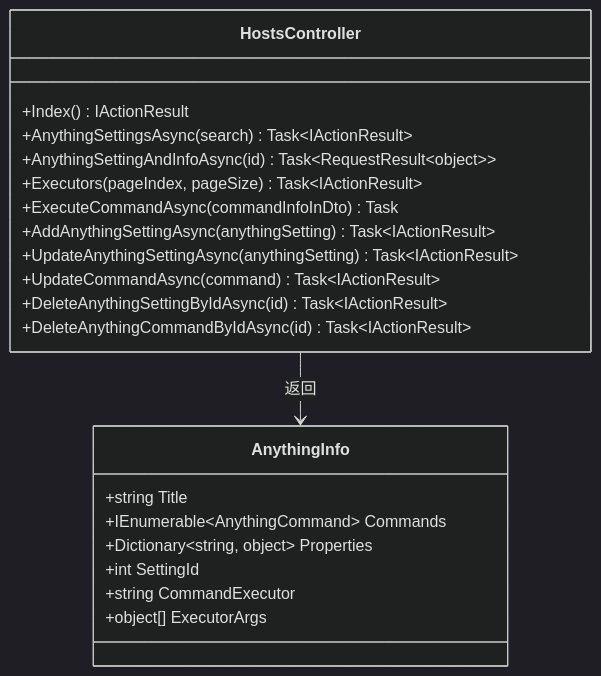
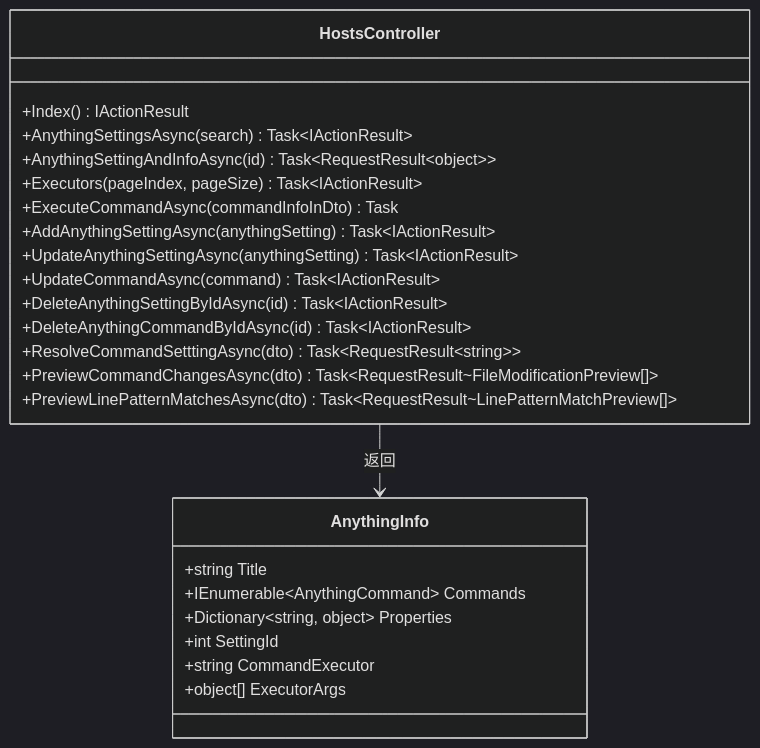
The fourth of 8 diagrams in .qoder/repowiki/zh/content/项目概述/核心特性/工具库系统/文件操作工具/可视化模板编辑器系统.md (Sosososolong/AirGo), drawn with Mermaid (dark theme) before and after one commit. The commit also changed other lines of this file and 12 other files, not shown here.

````diff
--- a/.qoder/repowiki/zh/content/项目概述/核心特性/工具库系统/文件操作工具/可视化模板编辑器系统.md
+++ b/.qoder/repowiki/zh/content/项目概述/核心特性/工具库系统/文件操作工具/可视化模板编辑器系统.md
@@ -215,24 +221,27 @@
 ```mermaid
 classDiagram
 class HostsController {
 +Index() IActionResult
 +AnythingSettingsAsync(search) Task~IActionResult~
 +AnythingSettingAndInfoAsync(id) Task~RequestResult~object~~
 +Executors(pageIndex, pageSize) Task~IActionResult~
 +ExecuteCommandAsync(commandInfoInDto) Task
 +AddAnythingSettingAsync(anythingSetting) Task~IActionResult~
 +UpdateAnythingSettingAsync(anythingSetting) Task~IActionResult~
 +UpdateCommandAsync(command) Task~IActionResult~
 +DeleteAnythingSettingByIdAsync(id) Task~IActionResult~
 +DeleteAnythingCommandByIdAsync(id) Task~IActionResult~
++ResolveCommandSetttingAsync(dto) Task~RequestResult~string~~
++PreviewCommandChangesAsync(dto) Task~RequestResult~FileModificationPreview[]~
++PreviewLinePatternMatchesAsync(dto) Task~RequestResult~LinePatternMatchPreview[]~
 }
 class AnythingInfo {
 +string Title
 +IEnumerable~AnythingCommand~ Commands
 +Dictionary~string, object~ Properties
 +int SettingId
 +string CommandExecutor
 +object[] ExecutorArgs
 }
 HostsController --> AnythingInfo : 返回
 ```
````
